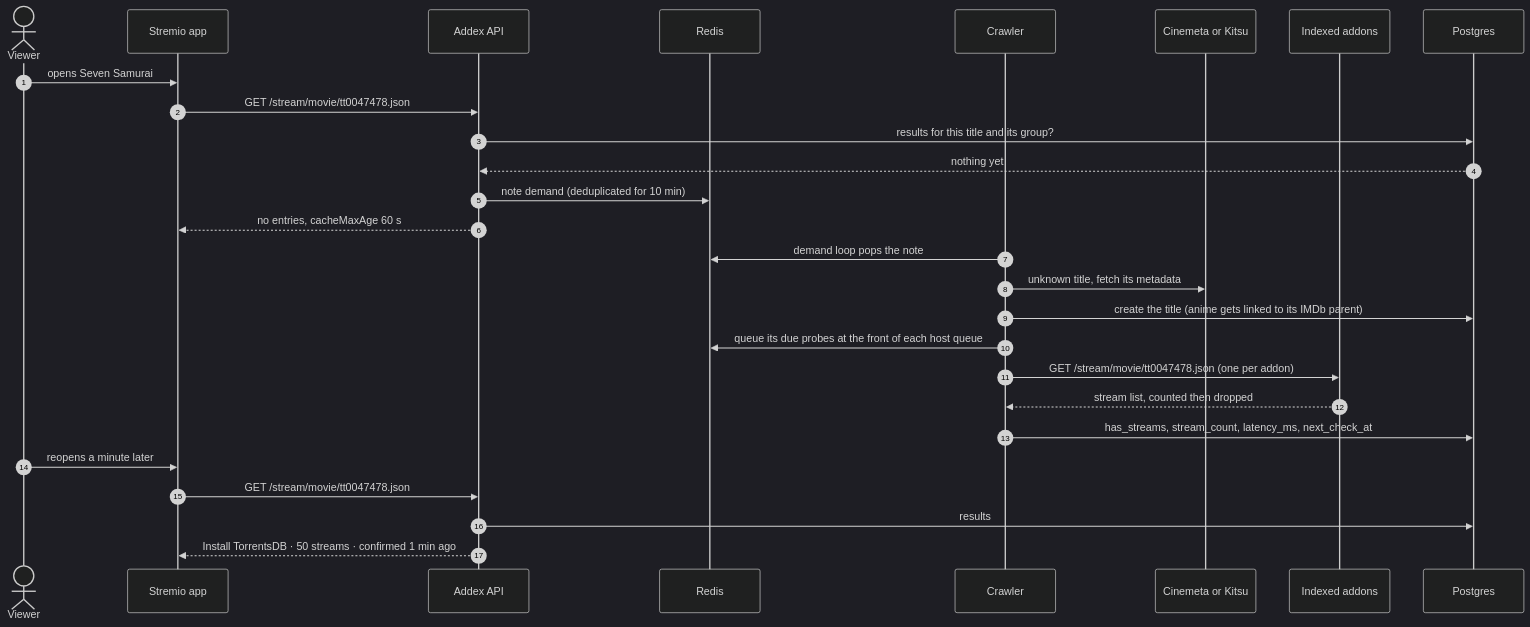
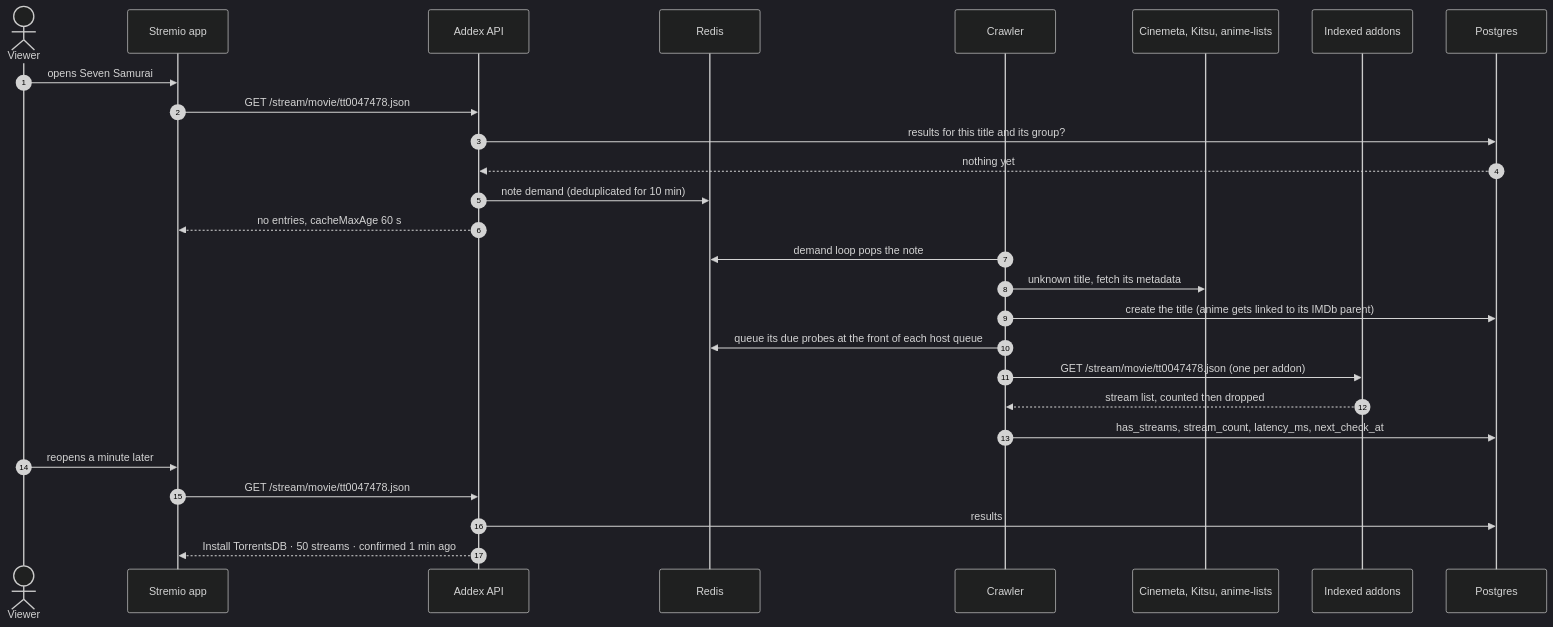
One commit to LeoM7812/Addex changed the second of 6 diagrams in docs/architecture.md. Above: the diagram before and after it, drawn with Mermaid (dark theme). The commit also changed other lines of this file and 6 other files, not shown here.

````diff
--- a/docs/architecture.md
+++ b/docs/architecture.md
@@ -47,30 +47,30 @@
 ```mermaid
 sequenceDiagram
     autonumber
     actor V as Viewer
     participant S as Stremio app
     participant A as Addex API
     participant R as Redis
     participant C as Crawler
-    participant M as Cinemeta or Kitsu
+    participant M as Cinemeta, Kitsu, anime-lists
     participant X as Indexed addons
     participant P as Postgres
 
     V->>S: opens Seven Samurai
     S->>A: GET /stream/movie/tt0047478.json
     A->>P: results for this title and its group?
     P-->>A: nothing yet
     A->>R: note demand (deduplicated for 10 min)
     A-->>S: no entries, cacheMaxAge 60 s
     C->>R: demand loop pops the note
     C->>M: unknown title, fetch its metadata
     C->>P: create the title (anime gets linked to its IMDb parent)
     C->>R: queue its due probes at the front of each host queue
     C->>X: GET /stream/movie/tt0047478.json (one per addon)
     X-->>C: stream list, counted then dropped
     C->>P: has_streams, stream_count, latency_ms, next_check_at
     V->>S: reopens a minute later
     S->>A: GET /stream/movie/tt0047478.json
     A->>P: results
     A-->>S: Install TorrentsDB · 50 streams · confirmed 1 min ago
 ```
````
